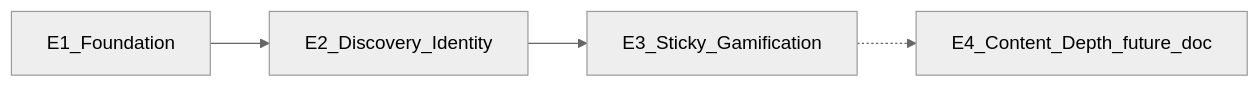
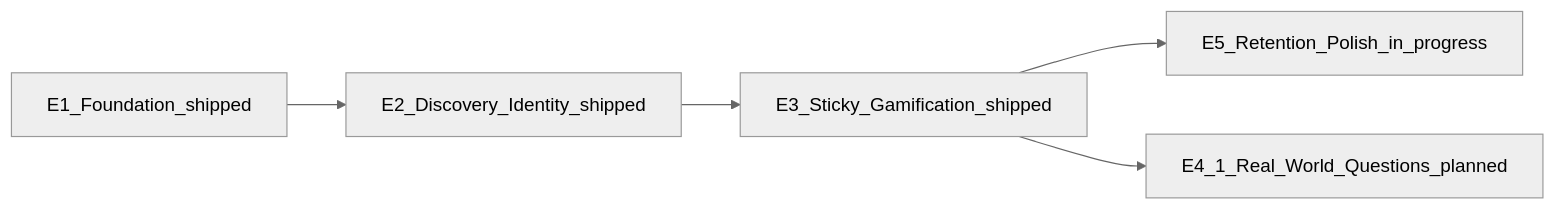
The diagram in docs/AI_HANDOFF.md (kingdavidek/physics-problem-bank), drawn with Mermaid (neutral theme) before and after one commit. The commit also changed other lines of this file and 14 other files, not shown here.

````diff
--- a/docs/AI_HANDOFF.md
+++ b/docs/AI_HANDOFF.md
@@ -109,9 +117,11 @@
 ```mermaid
 flowchart LR
-  E1[E1_Foundation]
-  E2[E2_Discovery_Identity]
-  E3[E3_Sticky_Gamification]
-  E4[E4_Content_Depth_future_doc]
+  E1[E1_Foundation_shipped]
+  E2[E2_Discovery_Identity_shipped]
+  E3[E3_Sticky_Gamification_shipped]
+  E5[E5_Retention_Polish_in_progress]
+  E4[E4_1_Real_World_Questions_planned]
   E1 --> E2 --> E3
-  E3 -.-> E4
+  E3 --> E5
+  E3 --> E4
 ```
````
